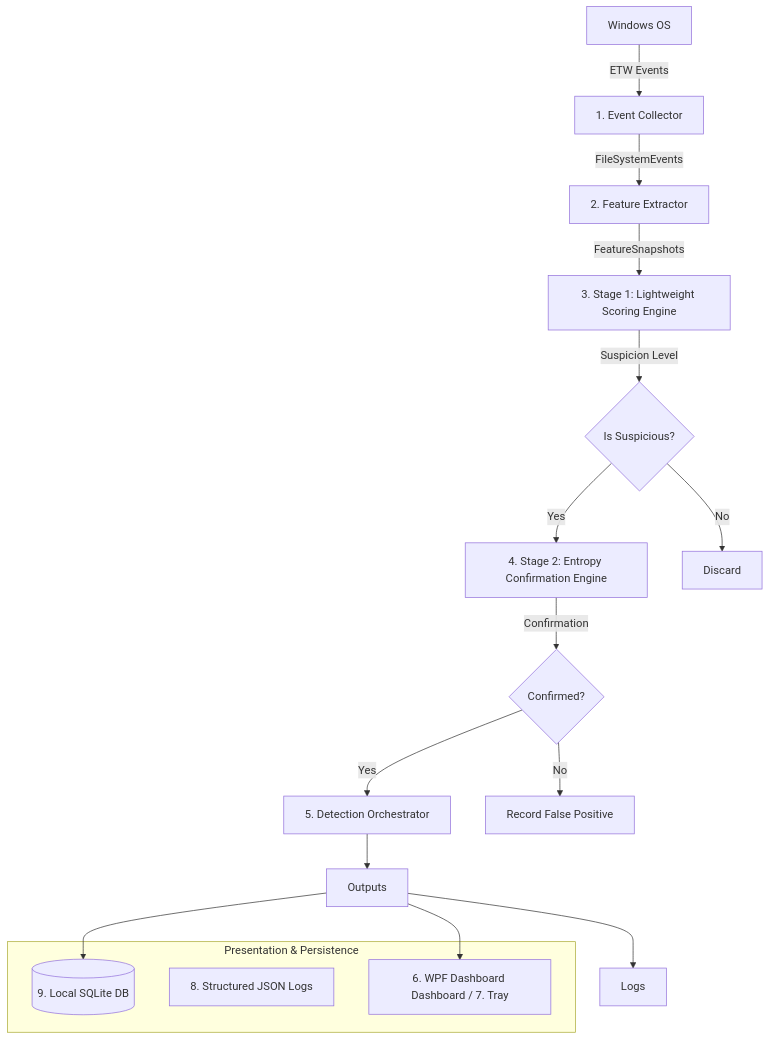
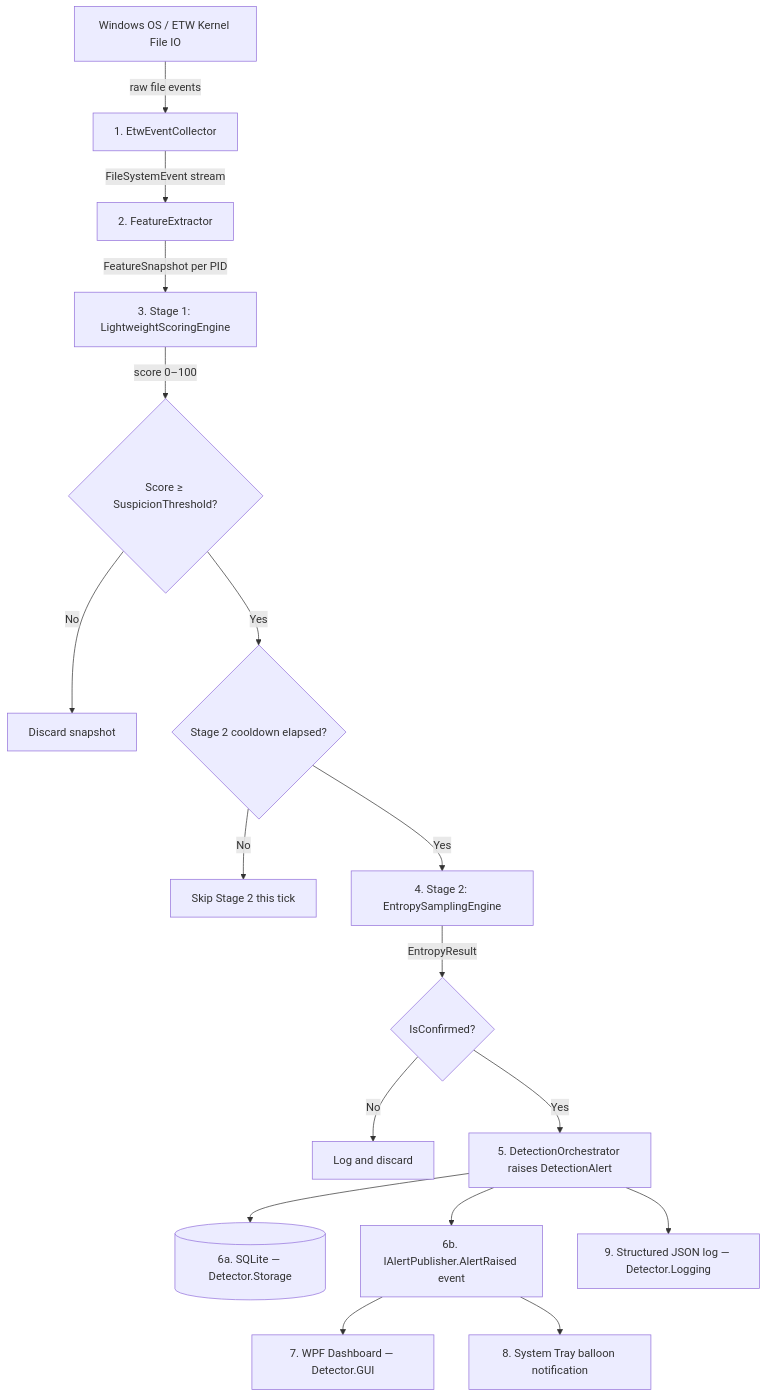
Before and after one commit to AshenNesly/ActDefend: the diagram in docs/architecture.md, drawn with Mermaid. The commit also changed other lines of this file and 18 other files, not shown here.

````diff
--- a/docs/architecture.md
+++ b/docs/architecture.md
@@ -9,26 +9,22 @@
 ```mermaid
 flowchart TD
-    OS[Windows OS] -->|ETW Events| Coll[1. Event Collector]
-    Coll -->|FileSystemEvents| Feat[2. Feature Extractor]
-    Feat -->|FeatureSnapshots| Stage1[3. Stage 1: Lightweight Scoring Engine]
-    
-    Stage1 -->|Suspicion Level| Check{Is Suspicious?}
-    Check -- Yes --> Stage2[4. Stage 2: Entropy Confirmation Engine]
-    Check -- No --> Drop[Discard]
-    
-    Stage2 -->|Confirmation| Check2{Confirmed?}
-    Check2 -- Yes --> Orch[5. Detection Orchestrator]
-    Check2 -- No --> OrchFalse[Record False Positive]
-    
-    Orch --> Subs_Output[Outputs]
-    
-    subgraph Outputs [Presentation & Persistence]
-        DB[(9. Local SQLite DB)]
-        Log[8. Structured JSON Logs]
-        GUI[6. WPF Dashboard Dashboard / 7. Tray]
-    end
-    
-    Subs_Output --> Logs
-    Subs_Output --> DB
-    Subs_Output --> GUI
+    OS[Windows OS / ETW Kernel File IO] -->|raw file events| Coll[1. EtwEventCollector]
+    Coll -->|FileSystemEvent stream| Feat[2. FeatureExtractor]
+    Feat -->|FeatureSnapshot per PID| Stage1[3. Stage 1: LightweightScoringEngine]
+
+    Stage1 -->|score 0–100| Check{Score ≥ SuspicionThreshold?}
+    Check -- No --> Drop[Discard snapshot]
+    Check -- Yes --> CooldownCheck{Stage 2 cooldown elapsed?}
+    CooldownCheck -- No --> SkipS2[Skip Stage 2 this tick]
+    CooldownCheck -- Yes --> Stage2[4. Stage 2: EntropySamplingEngine]
+
+    Stage2 -->|EntropyResult| Check2{IsConfirmed?}
+    Check2 -- No --> DiscardS2[Log and discard]
+    Check2 -- Yes --> Orch[5. DetectionOrchestrator raises DetectionAlert]
+
+    Orch --> DB[(6a. SQLite — Detector.Storage)]
+    Orch --> Pub[6b. IAlertPublisher.AlertRaised event]
+    Pub --> GUI[7. WPF Dashboard — Detector.GUI]
+    Pub --> Tray[8. System Tray balloon notification]
+    Orch --> Log[9. Structured JSON log — Detector.Logging]
 ```
````
